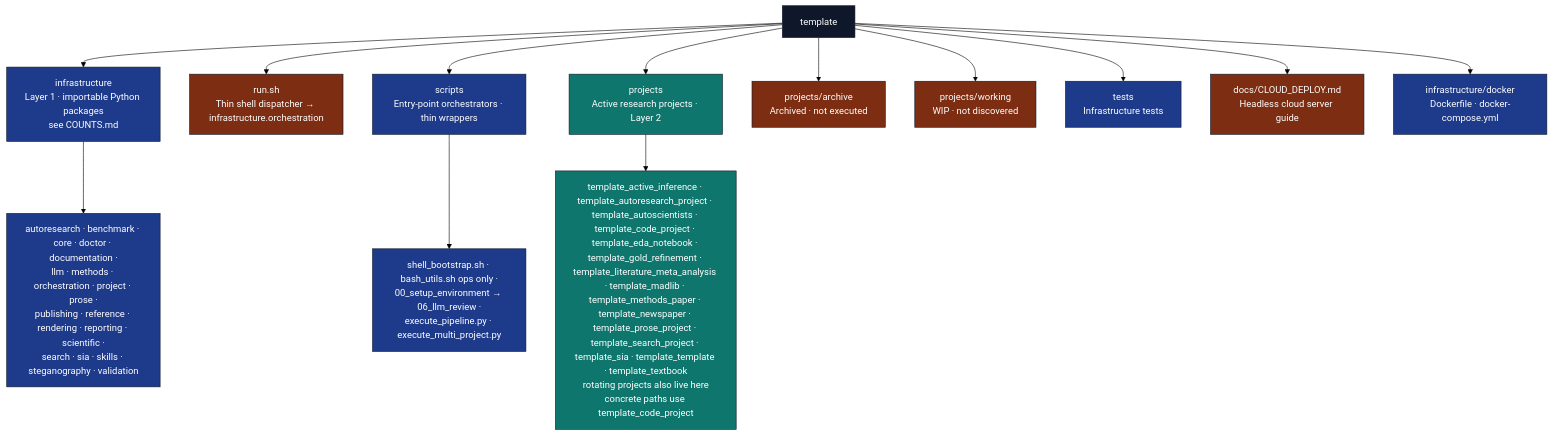
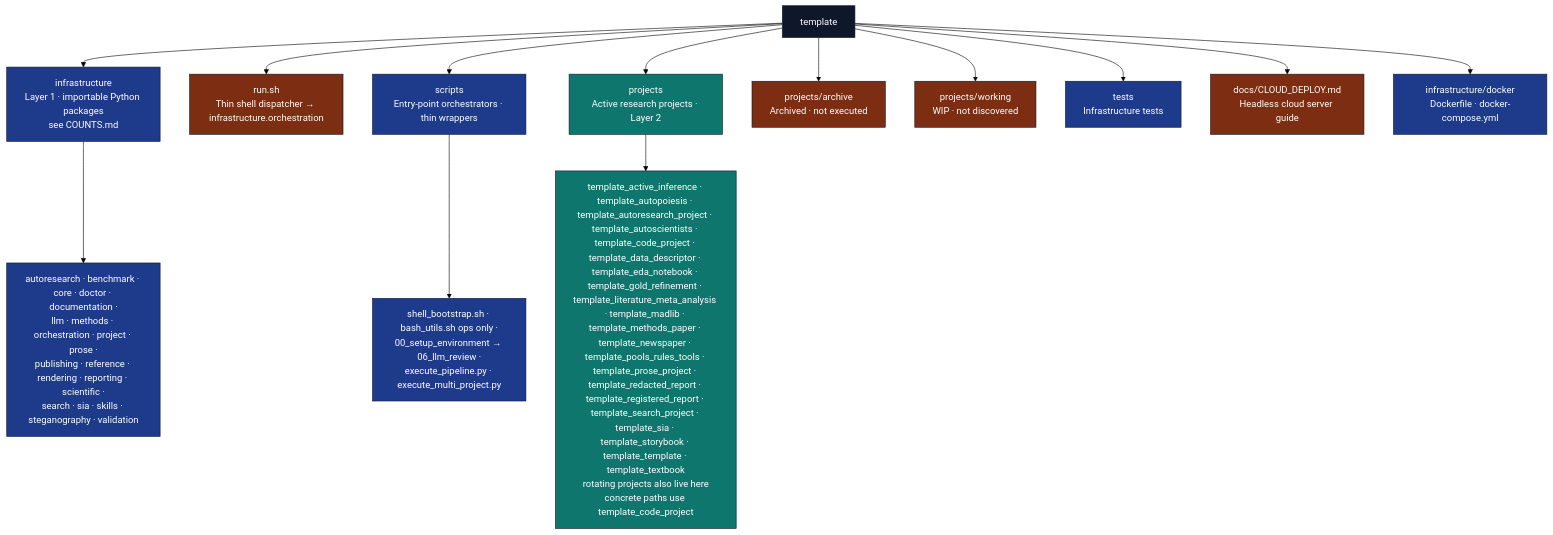
One commit to docxology/template changed the diagram in docs/PAI.md. Above: the diagram before and after it, drawn with Mermaid (forest theme). The commit also changed 354 other files, not shown here.

First line of the commit message:
feat: add template_data_descriptor, template_redacted_report, template_registered_report exemplars

````diff
--- a/docs/PAI.md
+++ b/docs/PAI.md
@@ -69,28 +69,28 @@
 ```mermaid
 flowchart TB
     ROOT[template]
     ROOT --> INFRA[infrastructure<br/>Layer 1 · importable Python packages<br/>see COUNTS.md]
     ROOT --> RUN[run.sh<br/>Thin shell dispatcher → infrastructure.orchestration]
     ROOT --> SCR[scripts<br/>Entry-point orchestrators · thin wrappers]
     ROOT --> PROJ[projects<br/>Active research projects · Layer 2]
     ROOT --> ARCH[projects/archive<br/>Archived · not executed]
     ROOT --> WIP[projects/working<br/>WIP · not discovered]
     ROOT --> T[tests<br/>Infrastructure tests]
     ROOT --> DOCS[docs/CLOUD_DEPLOY.md<br/>Headless cloud server guide]
     ROOT --> DOCKER[infrastructure/docker<br/>Dockerfile · docker-compose.yml]
 
     INFRA --> INFRA_PKGS[autoresearch · benchmark · core · doctor · documentation ·<br/>llm · methods · orchestration · project · prose ·<br/>publishing · reference · rendering · reporting · scientific ·<br/>search · sia · skills · steganography · validation]
 
     SCR --> SCR_FILES[shell_bootstrap.sh · bash_utils.sh ops only ·<br/>00_setup_environment → 06_llm_review ·<br/>execute_pipeline.py · execute_multi_project.py]
 
-    PROJ --> PROJ_F["template_active_inference · template_autoresearch_project · template_autoscientists · template_code_project · template_eda_notebook · template_gold_refinement · template_literature_meta_analysis · template_madlib · template_methods_paper · template_newspaper · template_prose_project · template_search_project · template_sia · template_template · template_textbook<br/>rotating projects also live here<br/>concrete paths use template_code_project"]
+    PROJ --> PROJ_F["template_active_inference · template_autopoiesis · template_autoresearch_project · template_autoscientists · template_code_project · template_data_descriptor · template_eda_notebook · template_gold_refinement · template_literature_meta_analysis · template_madlib · template_methods_paper · template_newspaper · template_pools_rules_tools · template_prose_project · template_redacted_report · template_registered_report · template_search_project · template_sia · template_storybook · template_template · template_textbook<br/>rotating projects also live here<br/>concrete paths use template_code_project"]
 
     classDef root fill:#0f172a,stroke:#0f172a,color:#fff
     classDef l1 fill:#1e3a8a,stroke:#0f172a,color:#fff
     classDef l2 fill:#0f766e,stroke:#0f172a,color:#fff
     classDef gen fill:#7c2d12,stroke:#0f172a,color:#fff
     class ROOT root
     class INFRA,SCR,T,DOCKER,INFRA_PKGS,SCR_FILES l1
     class PROJ,PROJ_F l2
     class ARCH,WIP,DOCS,RUN gen
 ```
````
